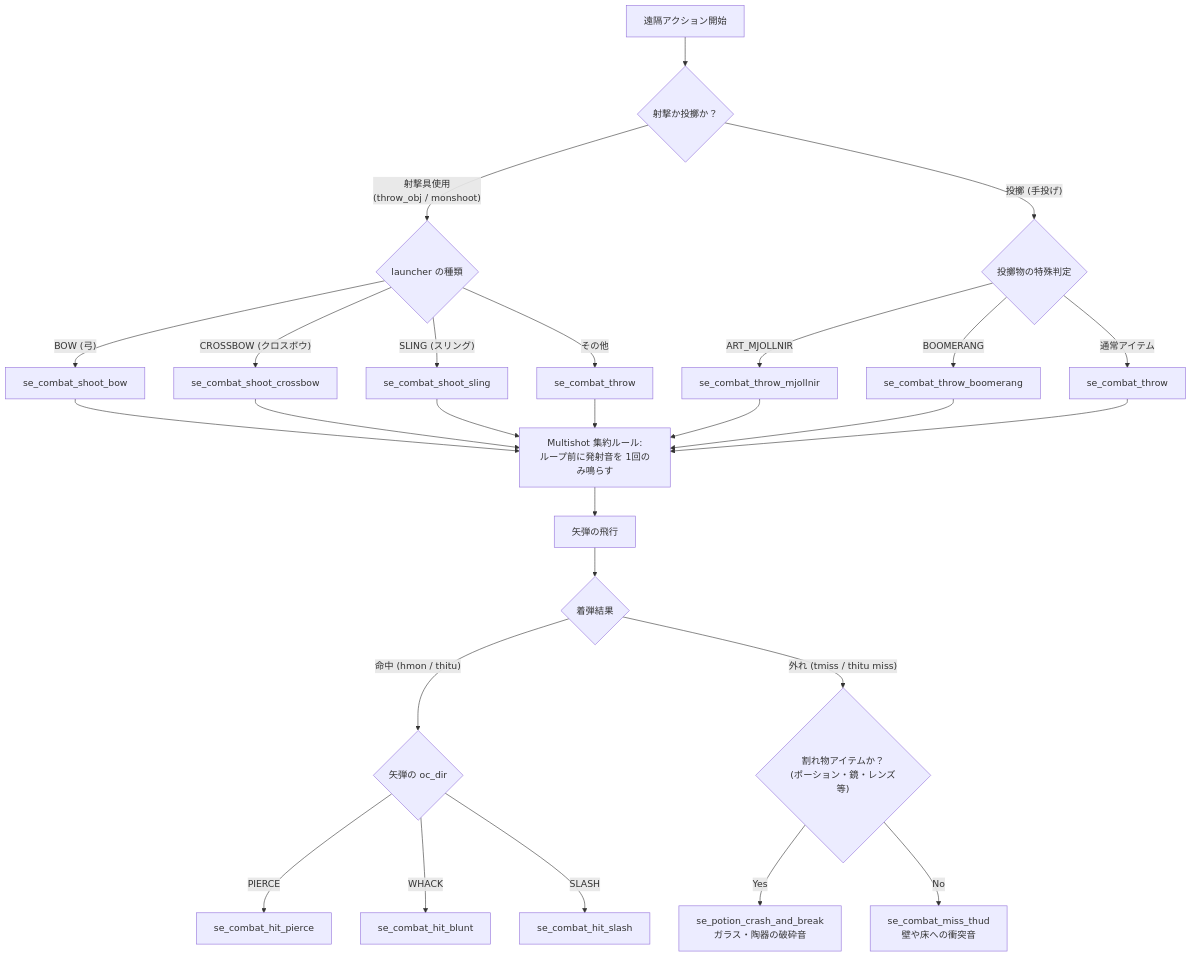
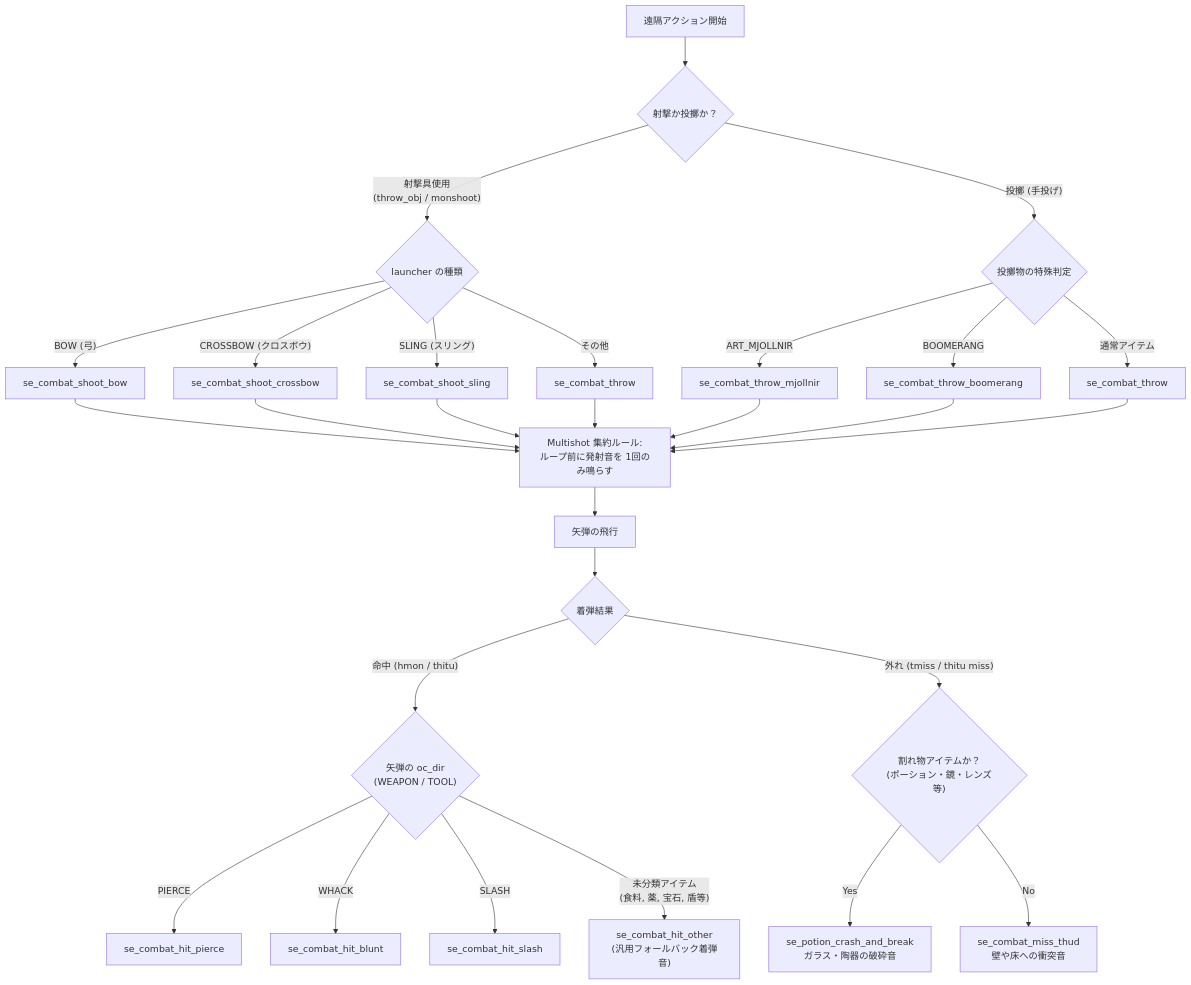
The third of 3 diagrams in sys/flutter/doc/combat_sound_specification.md (satokiyon/DartHack), drawn with Mermaid before and after one commit. The commit also changed other lines of this file and 11 other files, not shown here.

````diff
--- a/sys/flutter/doc/combat_sound_specification.md
+++ b/sys/flutter/doc/combat_sound_specification.md
@@ -126,35 +147,36 @@
 ```mermaid
 graph TD
     RangedAction["遠隔アクション開始"] --> BranchAction{"射撃か投擲か？"}
     
     BranchAction -- "射撃具使用<br/>(throw_obj / monshoot)" --> CheckLauncher{"launcher の種類"}
     CheckLauncher -- "BOW (弓)" --> Bow["se_combat_shoot_bow"]
     CheckLauncher -- "CROSSBOW (クロスボウ)" --> XBow["se_combat_shoot_crossbow"]
     CheckLauncher -- "SLING (スリング)" --> Sling["se_combat_shoot_sling"]
     CheckLauncher -- "その他" --> ThrowGen["se_combat_throw"]
     
     BranchAction -- "投擲 (手投げ)" --> CheckArtifact{"投擲物の特殊判定"}
     CheckArtifact -- "ART_MJOLLNIR" --> Mjollnir["se_combat_throw_mjollnir"]
     CheckArtifact -- "BOOMERANG" --> Boomerang["se_combat_throw_boomerang"]
     CheckArtifact -- "通常アイテム" --> ThrowNormal["se_combat_throw"]
     
     Bow --> MultishotRule["Multishot 集約ルール:<br/>ループ前に発射音を 1回のみ鳴らす"]
     XBow --> MultishotRule
     Sling --> MultishotRule
     ThrowGen --> MultishotRule
     Mjollnir --> MultishotRule
     Boomerang --> MultishotRule
     ThrowNormal --> MultishotRule
     
     MultishotRule --> Flight["矢弾の飛行"]
     Flight --> HitOrMiss{"着弾結果"}
     
-    HitOrMiss -- "命中 (hmon / thitu)" --> CheckProjDir{"矢弾の oc_dir"}
+    HitOrMiss -- "命中 (hmon / thitu)" --> CheckProjDir{"矢弾の oc_dir<br/>(WEAPON / TOOL)"}
     CheckProjDir -- "PIERCE" --> PierceHit["se_combat_hit_pierce"]
     CheckProjDir -- "WHACK" --> BluntHit["se_combat_hit_blunt"]
     CheckProjDir -- "SLASH" --> SlashHit["se_combat_hit_slash"]
+    CheckProjDir -- "未分類アイテム<br/>(食料, 薬, 宝石, 盾等)" --> OtherHit["se_combat_hit_other<br/>(汎用フォールバック着弾音)"]
     
     HitOrMiss -- "外れ (tmiss / thitu miss)" --> CheckBreakable{"割れ物アイテムか？<br/>(ポーション・鏡・レンズ等)"}
     CheckBreakable -- Yes --> PotionBreak["se_potion_crash_and_break<br/>ガラス・陶器の破砕音"]
     CheckBreakable -- No --> MissThud["se_combat_miss_thud<br/>壁や床への衝突音"]
 ```
````
